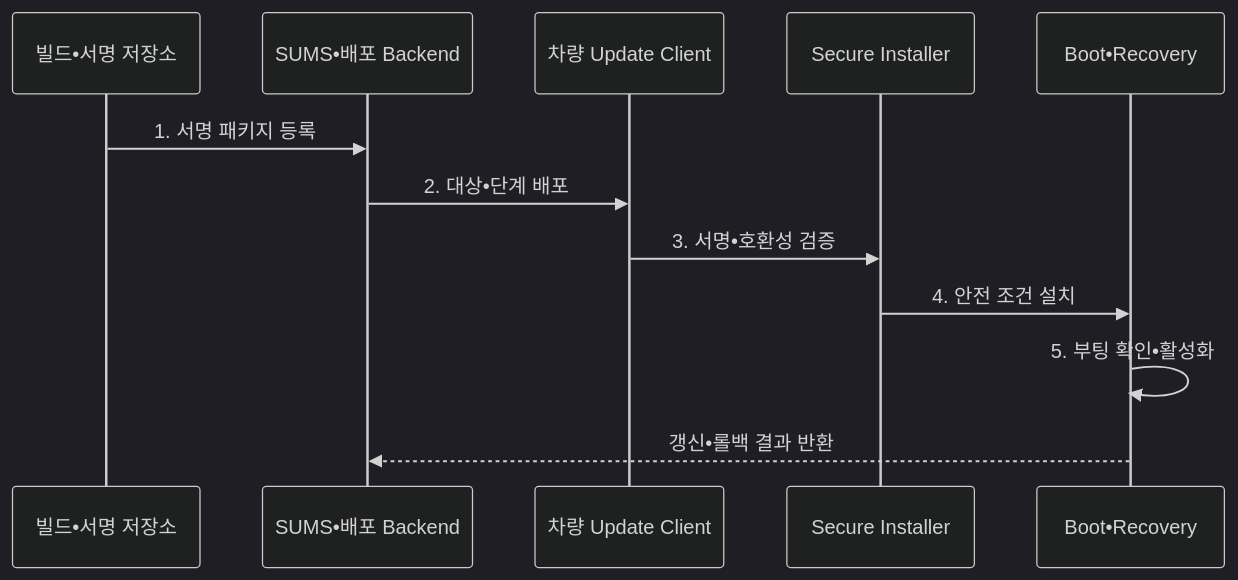
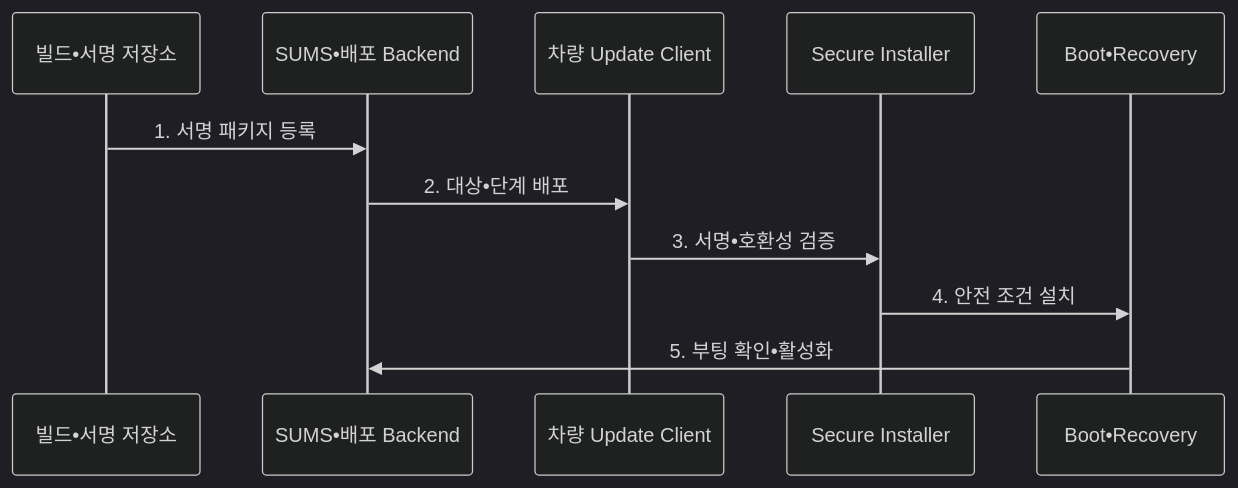
The second of 2 diagrams in src/content/docs/notes/08-latest-tech/205_ota_update.md (agnusdei1207/knowledge-base), drawn with Mermaid (dark theme) before and after one commit. The commit also changed other lines of this file and 20 other files, not shown here.

````diff
--- a/src/content/docs/notes/08-latest-tech/205_ota_update.md
+++ b/src/content/docs/notes/08-latest-tech/205_ota_update.md
@@ -101,14 +113,13 @@
 ```mermaid
 sequenceDiagram
   participant R as 빌드•서명 저장소
   participant B as SUMS•배포 Backend
   participant C as 차량 Update Client
   participant I as Secure Installer
   participant O as Boot•Recovery
   R->>B: 1. 서명 패키지 등록
   B->>C: 2. 대상•단계 배포
   C->>I: 3. 서명•호환성 검증
   I->>O: 4. 안전 조건 설치
-  O->>O: 5. 부팅 확인•활성화
-  O-->>B: 갱신•롤백 결과 반환
+  O->>B: 5. 부팅 확인•활성화
 ```
````
